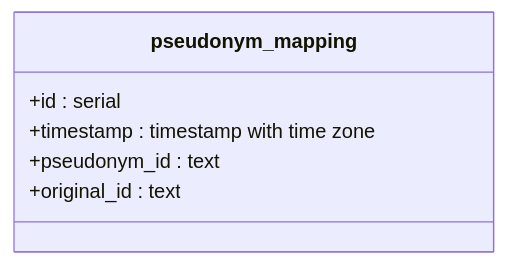
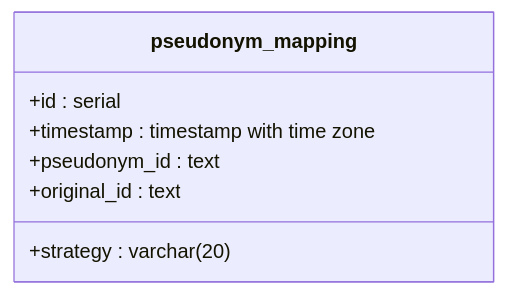
Before and after one commit to smedrec/smart-logs: the fifth of 7 diagrams in .qoder/repowiki/en/content/Audit Database/Database Schema.md, drawn with Mermaid. The commit also changed other lines of this file and 27 other files, not shown here.

````diff
--- a/.qoder/repowiki/en/content/Audit Database/Database Schema.md
+++ b/.qoder/repowiki/en/content/Audit Database/Database Schema.md
@@ -195,9 +202,10 @@
 ```mermaid
 classDiagram
 class pseudonym_mapping {
 +id : serial
 +timestamp : timestamp with time zone
 +pseudonym_id : text
 +original_id : text
++strategy : varchar(20)
 }
 ```
````
